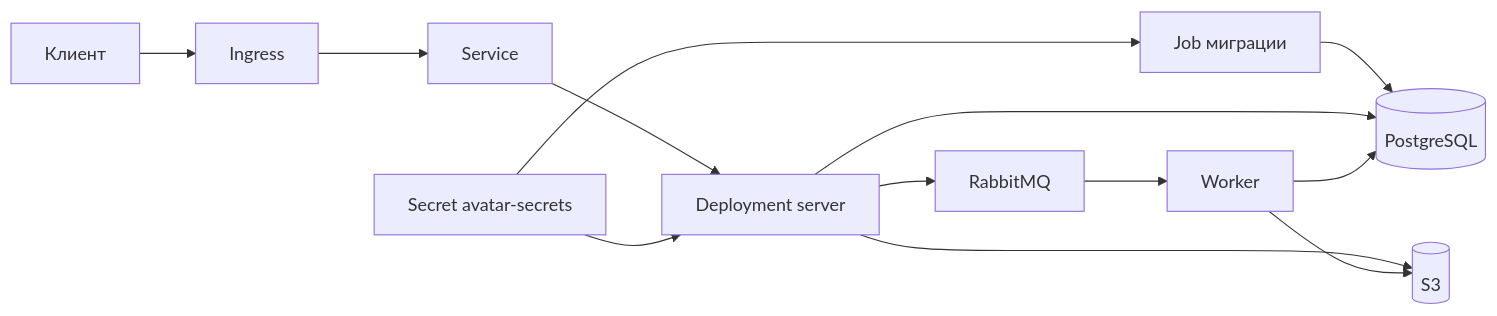
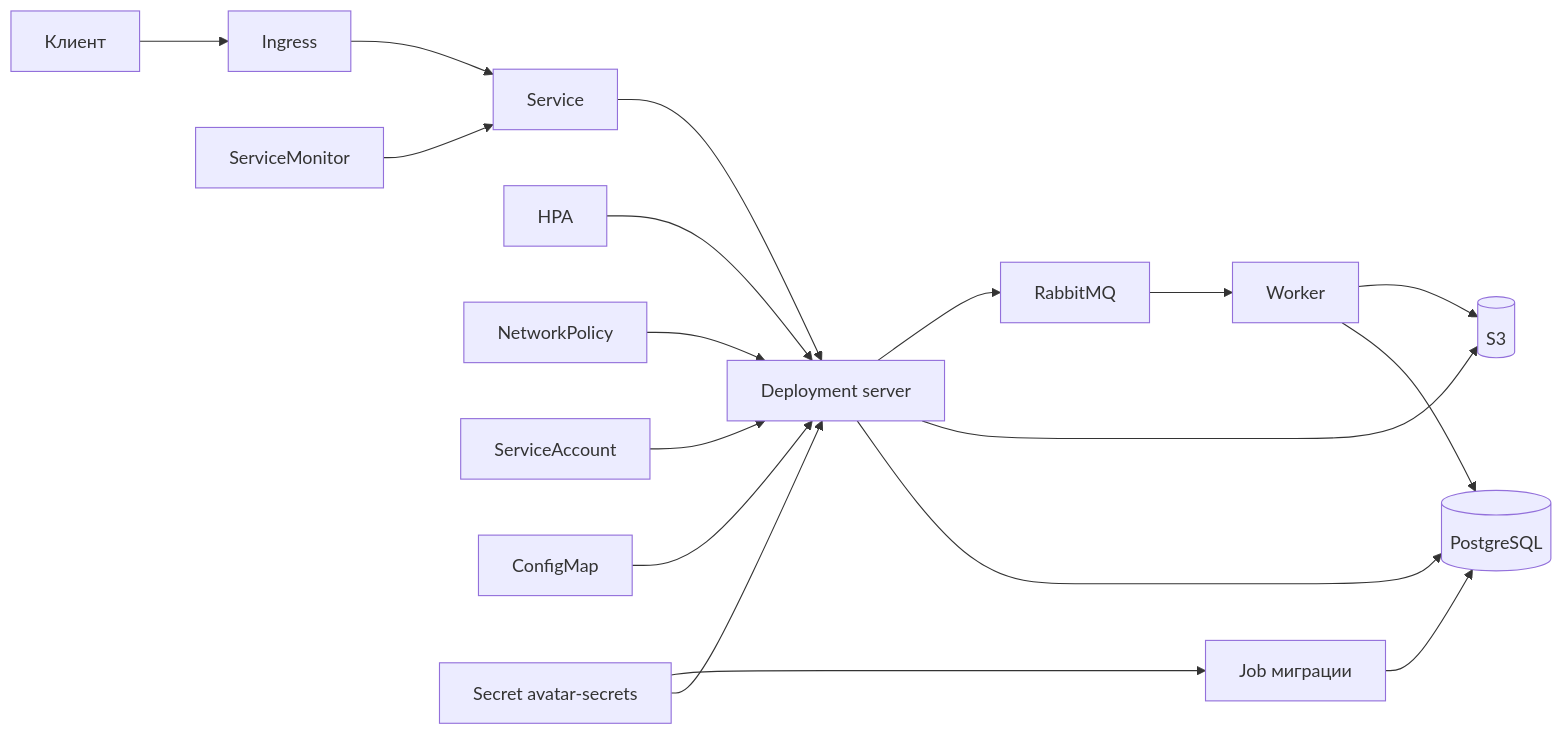
One commit to Radiushina/avatar-service changed the diagram in README.md. Above: the diagram before and after it, drawn with Mermaid. The commit also changed other lines of this file, not shown here.

````diff
--- a/README.md
+++ b/README.md
@@ -217,24 +245,34 @@
 ```mermaid
 flowchart LR
   client[Клиент]
   ingress[Ingress]
   svc[Service]
   server[Deployment server]
+  hpa[HPA]
+  sm[ServiceMonitor]
+  np[NetworkPolicy]
+  sa[ServiceAccount]
+  cm[ConfigMap]
   worker[Worker]
   secret[Secret avatar-secrets]
   migrate[Job миграции]
   pg[(PostgreSQL)]
   s3[(S3)]
   mq[RabbitMQ]
 
   client --> ingress --> svc --> server
+  hpa --> server
+  sm --> svc
+  np --> server
+  sa --> server
+  cm --> server
   secret --> server
   secret --> migrate
   migrate --> pg
   server --> pg
   server --> s3
   server --> mq
   mq --> worker
   worker --> pg
   worker --> s3
 ```
````
